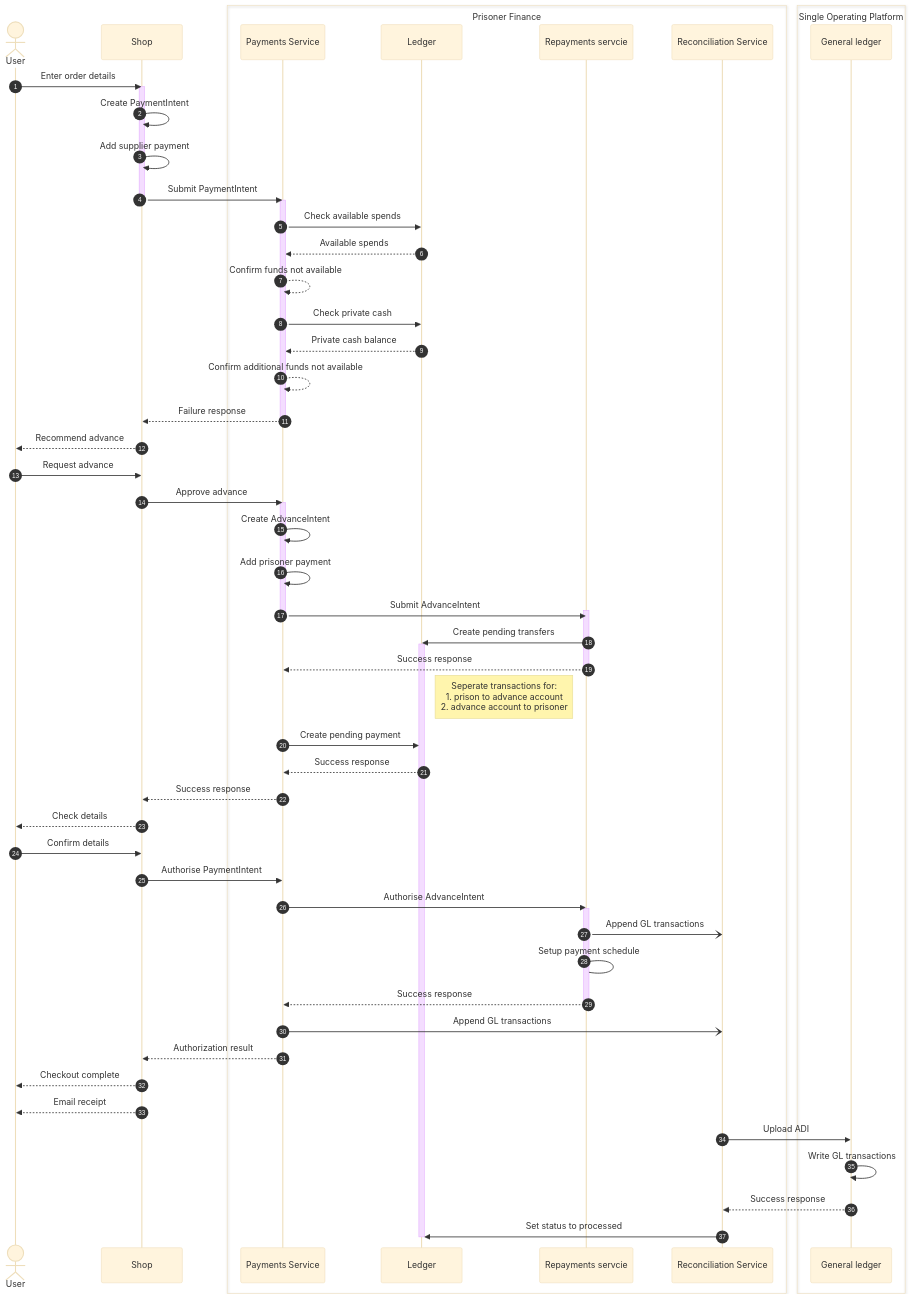
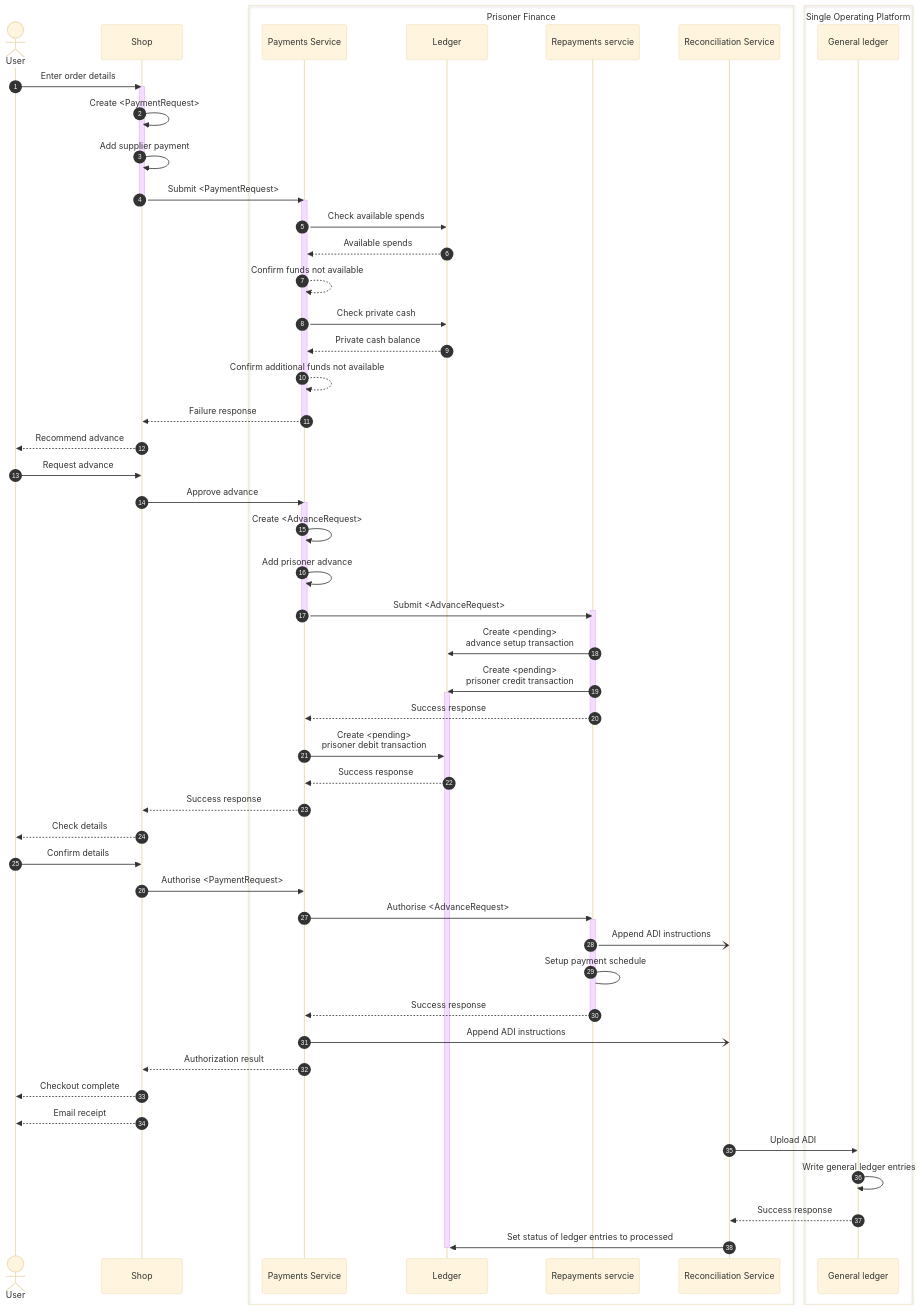
Before and after one commit to ministryofjustice/hmpps-prisoner-finance-poc-api: the fourth of 8 diagrams in docs/processes-purchasing.md, drawn with Mermaid (base theme). The commit also changed other lines of this file, not shown here.

````diff
--- a/docs/processes-purchasing.md
+++ b/docs/processes-purchasing.md
@@ -159,68 +159,68 @@
 ```mermaid
 sequenceDiagram
   actor USER as User
   participant SHOP as Shop
   box Prisoner Finance
   participant API as Payments Service
   participant LEDGER as Ledger
   participant REPAY as Repayments servcie
   participant ADI as Reconciliation Service
   end
   box Single Operating Platform
   participant SOP as General ledger
   end
 
   autonumber
 
   USER ->> SHOP: Enter order details
   activate SHOP
-  SHOP ->> SHOP: Create PaymentIntent
+  SHOP ->> SHOP: Create <PaymentRequest>
   SHOP ->> SHOP: Add supplier payment
-  SHOP ->> API: Submit PaymentIntent
+  SHOP ->> API: Submit <PaymentRequest>
   deactivate SHOP
   activate API
   API ->> LEDGER: Check available spends
   LEDGER -->> API: Available spends
   API -->> API: Confirm funds not available
   API ->> LEDGER: Check private cash
   LEDGER -->> API: Private cash balance
   API -->> API: Confirm additional funds not available
   API -->> SHOP: Failure response
   deactivate API
   SHOP -->> USER: Recommend advance
   USER ->> SHOP: Request advance
   SHOP ->> API: Approve advance
   activate API
-  API ->> API: Create AdvanceIntent
-  API ->> API: Add prisoner payment
-  API ->> REPAY: Submit AdvanceIntent
+  API ->> API: Create <AdvanceRequest>
+  API ->> API: Add prisoner advance
+  API ->> REPAY: Submit <AdvanceRequest>
   activate REPAY
   deactivate API
-  REPAY ->> LEDGER: Create pending transfers
+  REPAY ->> LEDGER: Create <pending><br/>advance setup transaction
+  REPAY ->> LEDGER: Create <pending><br/>prisoner credit transaction
   activate LEDGER
   REPAY -->> API: Success response
   deactivate REPAY
-  note right of LEDGER: Seperate transactions for:<br/>1. prison to advance account<br/>2. advance account to prisoner
-  API ->> LEDGER: Create pending payment
+  API ->> LEDGER: Create <pending><br/>prisoner debit transaction
   LEDGER -->> API: Success response
   API -->> SHOP: Success response
   SHOP -->> USER: Check details
   USER ->> SHOP: Confirm details
-  SHOP ->> API: Authorise PaymentIntent
-  API ->> REPAY: Authorise AdvanceIntent
+  SHOP ->> API: Authorise <PaymentRequest>
+  API ->> REPAY: Authorise <AdvanceRequest>
   activate REPAY
-  REPAY -) ADI: Append GL transactions
+  REPAY -) ADI: Append ADI instructions
   REPAY -> REPAY: Setup payment schedule
   REPAY -->> API: Success response
   deactivate REPAY
-  API -) ADI: Append GL transactions
+  API -) ADI: Append ADI instructions
   API -->> SHOP: Authorization result
   SHOP -->> USER: Checkout complete
   SHOP -->> USER: Email receipt
   ADI ->> SOP: Upload ADI
-  SOP ->> SOP: Write GL transactions
+  SOP ->> SOP: Write general ledger entries
   SOP -->> ADI: Success response
-  ADI ->> LEDGER: Set status to processed
+  ADI ->> LEDGER: Set status of ledger entries to processed
   deactivate LEDGER
 
 ```
````
